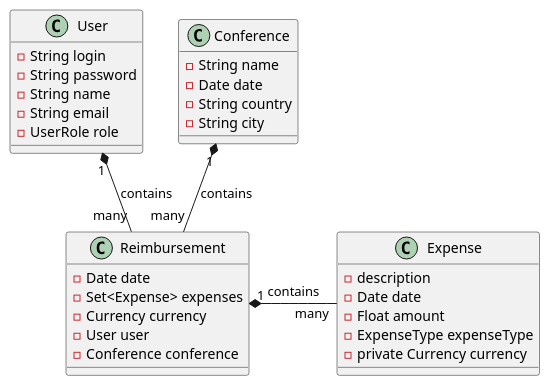
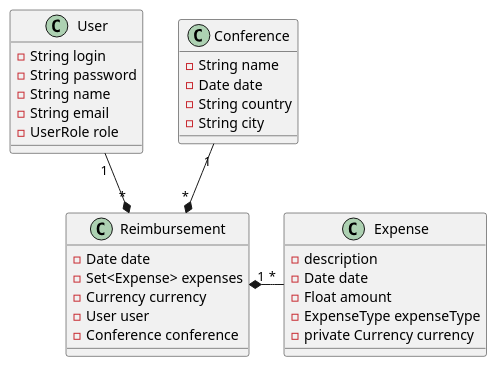
The diagram in slides/diagrams/architecture_model.puml (antoinesd/cdi-forge-uni), drawn with PlantUML before and after one commit. The commit also changed 1 other file, not shown here.

Commit message:
Change UML diagram

```diff
--- a/slides/diagrams/architecture_model.puml
+++ b/slides/diagrams/architecture_model.puml
@@ -1,40 +1,40 @@
 @startuml
 
-User "1" *-- "many" Reimbursement : contains
-Reimbursement "1" *-right- "many" Expense : contains
-Conference "1" *-- "many" Reimbursement : contains
+User "1" --* "*" Reimbursement
+Reimbursement "1" *-right- "*" Expense
+Conference "1" --* "*" Reimbursement
 
 class Conference {
    -String name
    -Date date
    -String country
    -String city
 }
 
 
 class Expense {
    -description
    -Date date
    -Float amount
    -ExpenseType expenseType
    -private Currency currency
 }
 
 
 class Reimbursement{
     -Date date
     -Set<Expense> expenses
     -Currency currency
     -User user
     -Conference conference
 }
 
 class User{
    -String login
    -String password
    -String name
    -String email
    -UserRole role
 }
 
 @enduml
```
